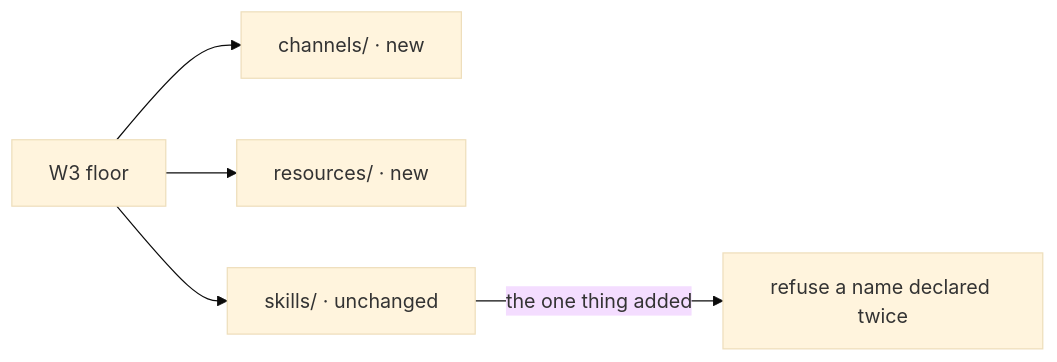
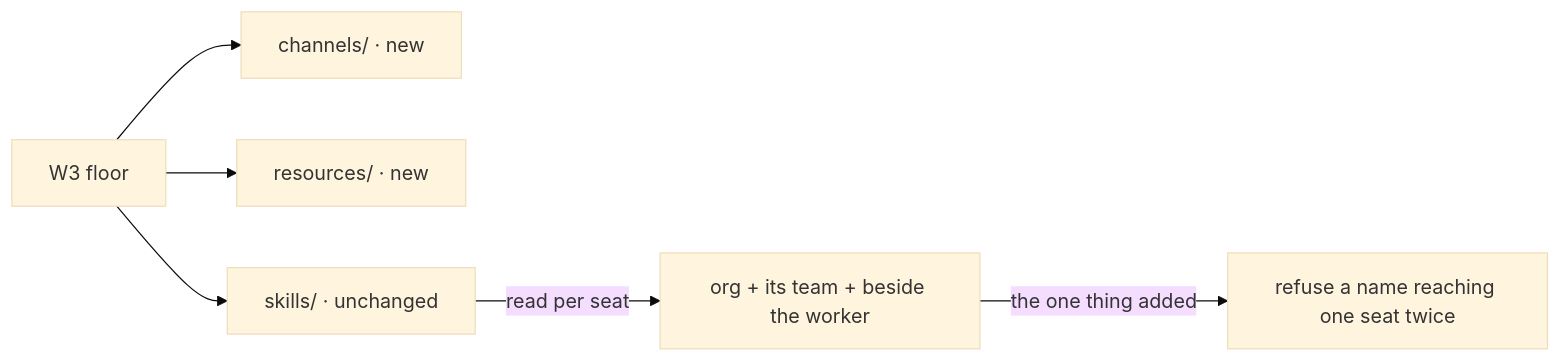
One commit to fixpoint-labs/flow-state-dev changed the second of 3 diagrams in spec/FIX-1356.explainer.md. Above: the diagram before and after it, drawn with Mermaid (base theme). The commit also changed other lines of this file, not shown here.

First line of the commit message:
spec(FIX-1356): redraw the explainer for per-seat registration

````diff
--- a/spec/FIX-1356.explainer.md
+++ b/spec/FIX-1356.explainer.md
@@ -25,7 +25,8 @@
 ```mermaid
 flowchart LR
   W3["W3 floor"] --> R["channels/ · new"]
   W3 --> RES["resources/ · new"]
   W3 --> SK["skills/ · unchanged"]
-  SK -->|"the one thing added"| DUP["refuse a name declared twice"]
+  SK -->|"read per seat"| U["org + its team + beside the worker"]
+  U -->|"the one thing added"| DUP["refuse a name reaching one seat twice"]
 ```
````
